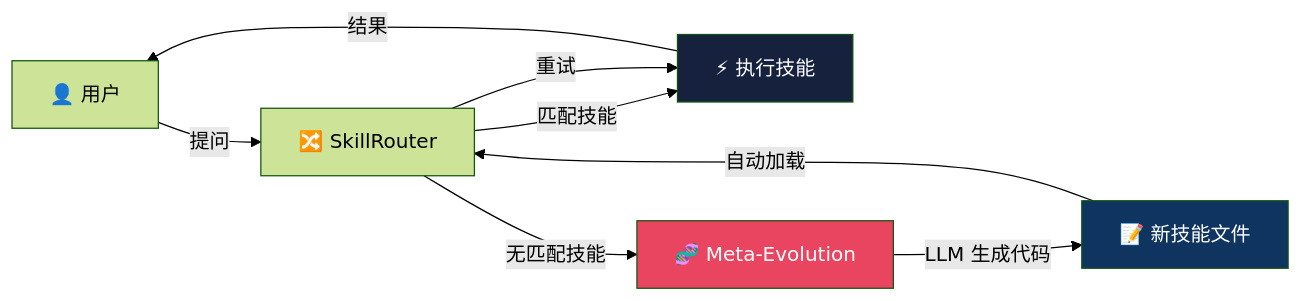
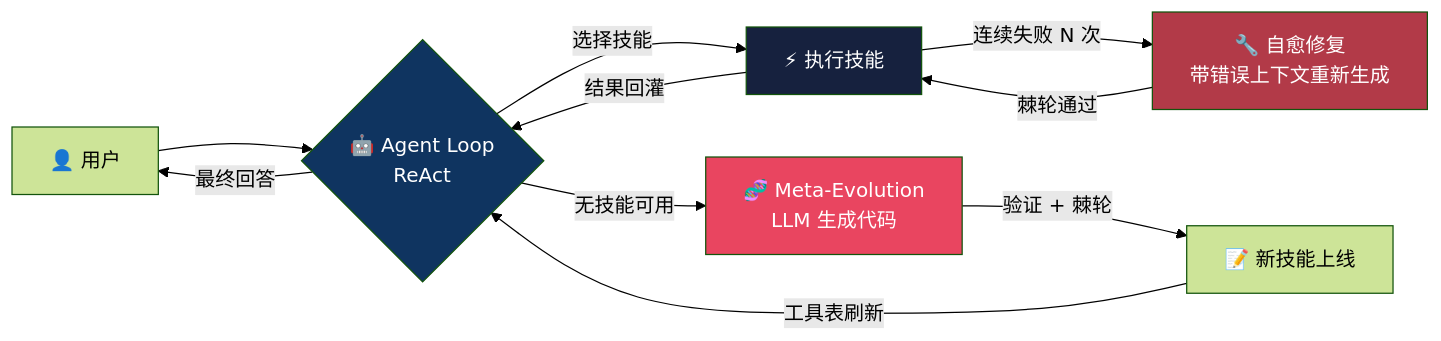
Before and after one commit to Wayhhow/Synapse: the first of 3 diagrams in README.md, drawn with Mermaid (forest theme). The commit also changed other lines of this file and 36 other files, not shown here.

````diff
--- a/README.md
+++ b/README.md
@@ -23,14 +25,17 @@
 ```mermaid
 flowchart LR
-    U[👤 用户] -->|提问| R[🔀 SkillRouter]
-    R -->|匹配技能| S[⚡ 执行技能]
-    R -->|无匹配技能| M[🧬 Meta-Evolution]
-    M -->|LLM 生成代码| N[📝 新技能文件]
-    N -->|自动加载| R
-    R -->|重试| S
-    S -->|结果| U
+    U[👤 用户] --> A{🤖 Agent Loop<br/>ReAct}
+    A -->|选择技能| S[⚡ 执行技能]
+    S -->|结果回灌| A
+    A -->|无技能可用| M[🧬 Meta-Evolution<br/>LLM 生成代码]
+    M -->|验证 + 棘轮| N[📝 新技能上线]
+    N -->|工具表刷新| A
+    A -->|最终回答| U
+    S -->|连续失败 N 次| H[🔧 自愈修复<br/>带错误上下文重新生成]
+    H -->|棘轮通过| S
 
+    style A fill:#0f3460,color:#fff
     style M fill:#e94560,color:#fff
-    style N fill:#0f3460,color:#fff
+    style H fill:#b23a48,color:#fff
     style S fill:#16213e,color:#fff
 ```
````
